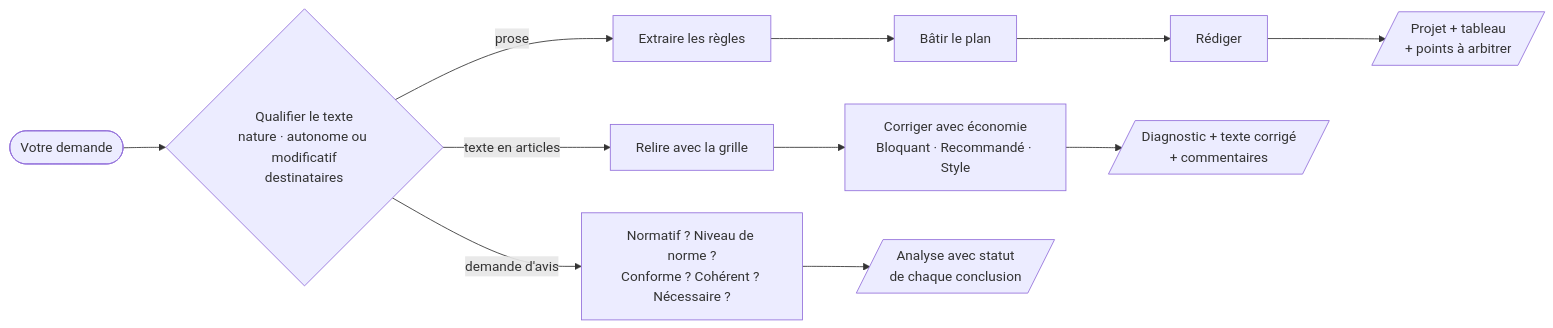
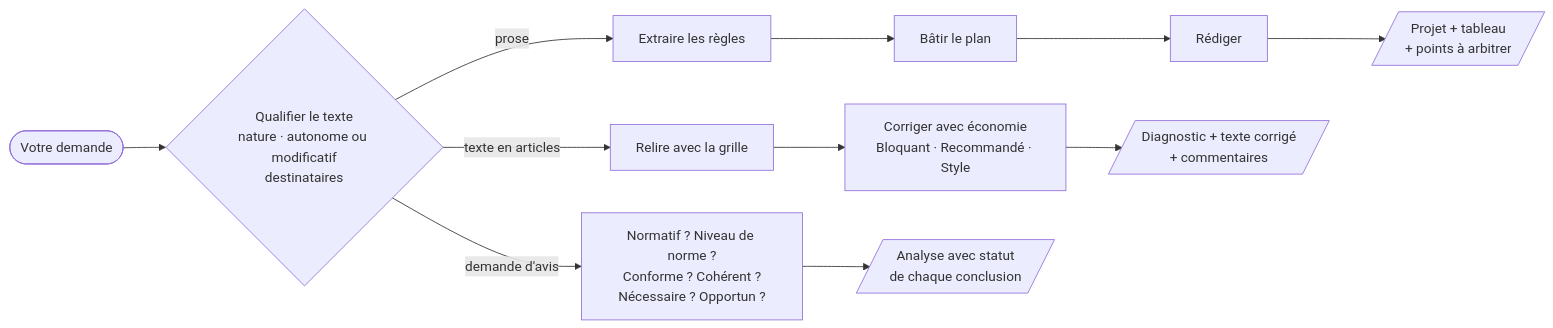
The diagram in README.md (kilianvivien/skill-legistique-fr), drawn with Mermaid before and after one commit. The commit also changed other lines of this file and 4 other files, not shown here.

````diff
--- a/README.md
+++ b/README.md
@@ -371,13 +373,13 @@
 ```mermaid
 flowchart LR
     U([Votre demande]) --> Q{Qualifier le texte<br/>nature · autonome ou modificatif<br/>destinataires}
     Q -->|prose| A1[Extraire les règles]
     A1 --> A2[Bâtir le plan]
     A2 --> A3[Rédiger]
     A3 --> A4[/Projet + tableau<br/>+ points à arbitrer/]
     Q -->|texte en articles| B1[Relire avec la grille]
     B1 --> B2[Corriger avec économie<br/>Bloquant · Recommandé · Style]
     B2 --> B3[/Diagnostic + texte corrigé<br/>+ commentaires/]
-    Q -->|demande d'avis| C1[Normatif ? Niveau de norme ?<br/>Conforme ? Cohérent ? Nécessaire ?]
+    Q -->|demande d'avis| C1[Normatif ? Niveau de norme ?<br/>Conforme ? Cohérent ?<br/>Nécessaire ? Opportun ?]
     C1 --> C2[/Analyse avec statut<br/>de chaque conclusion/]
 ```
````
